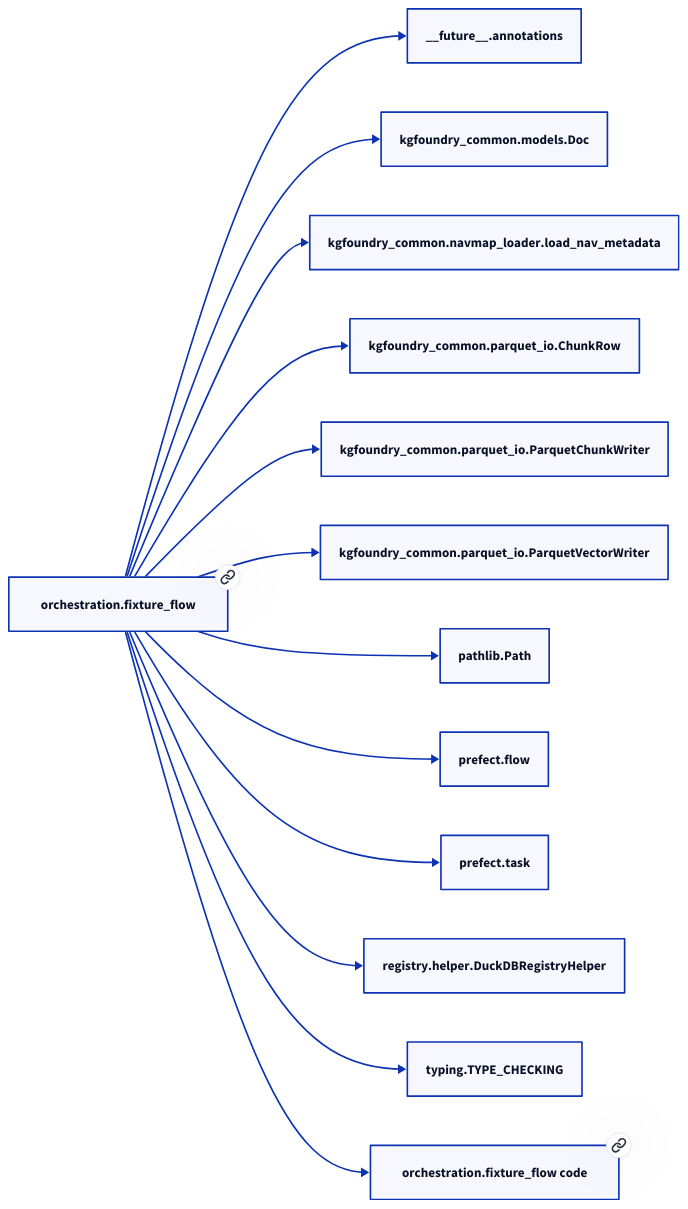
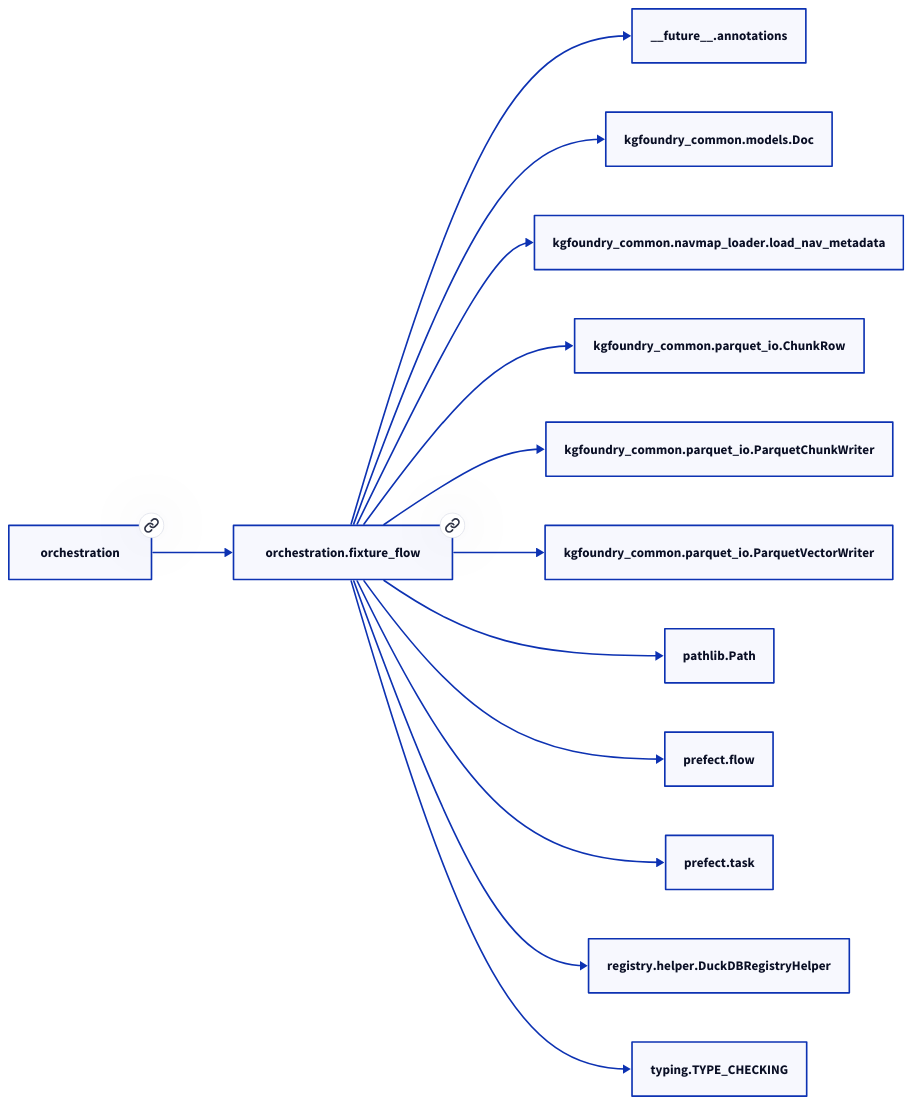
Before and after one commit to paul-heyse/kgforge: the diagram in docs/modules/orchestration/fixture_flow.md, drawn with D2. The commit also changed other lines of this file and 208 other files, not shown here.

````diff
--- a/docs/modules/orchestration/fixture_flow.md
+++ b/docs/modules/orchestration/fixture_flow.md
@@ -51,28 +55,28 @@
 ```d2
 direction: right
-"orchestration.fixture_flow": "orchestration.fixture_flow" { link: "./orchestration/fixture_flow.md" }
+"orchestration.fixture_flow": "orchestration.fixture_flow" { link: "https://github.com/paul-heyse/kgfoundry/blob/main/src/orchestration/fixture_flow.py" }
 "__future__.annotations": "__future__.annotations"
 "orchestration.fixture_flow" -> "__future__.annotations"
 "kgfoundry_common.models.Doc": "kgfoundry_common.models.Doc"
 "orchestration.fixture_flow" -> "kgfoundry_common.models.Doc"
 "kgfoundry_common.navmap_loader.load_nav_metadata": "kgfoundry_common.navmap_loader.load_nav_metadata"
 "orchestration.fixture_flow" -> "kgfoundry_common.navmap_loader.load_nav_metadata"
 "kgfoundry_common.parquet_io.ChunkRow": "kgfoundry_common.parquet_io.ChunkRow"
 "orchestration.fixture_flow" -> "kgfoundry_common.parquet_io.ChunkRow"
 "kgfoundry_common.parquet_io.ParquetChunkWriter": "kgfoundry_common.parquet_io.ParquetChunkWriter"
 "orchestration.fixture_flow" -> "kgfoundry_common.parquet_io.ParquetChunkWriter"
 "kgfoundry_common.parquet_io.ParquetVectorWriter": "kgfoundry_common.parquet_io.ParquetVectorWriter"
 "orchestration.fixture_flow" -> "kgfoundry_common.parquet_io.ParquetVectorWriter"
 "pathlib.Path": "pathlib.Path"
 "orchestration.fixture_flow" -> "pathlib.Path"
 "prefect.flow": "prefect.flow"
 "orchestration.fixture_flow" -> "prefect.flow"
 "prefect.task": "prefect.task"
 "orchestration.fixture_flow" -> "prefect.task"
 "registry.helper.DuckDBRegistryHelper": "registry.helper.DuckDBRegistryHelper"
 "orchestration.fixture_flow" -> "registry.helper.DuckDBRegistryHelper"
 "typing.TYPE_CHECKING": "typing.TYPE_CHECKING"
 "orchestration.fixture_flow" -> "typing.TYPE_CHECKING"
-"orchestration.fixture_flow_code": "orchestration.fixture_flow code" { link: "https://github.com/kgfoundry/kgfoundry/blob/main/src/orchestration/fixture_flow.py" }
-"orchestration.fixture_flow" -> "orchestration.fixture_flow_code" { style: dashed }
+"orchestration": "orchestration" { link: "https://github.com/paul-heyse/kgfoundry/blob/main/src/orchestration/__init__.py" }
+"orchestration" -> "orchestration.fixture_flow" { style: dashed }
 ```
````
